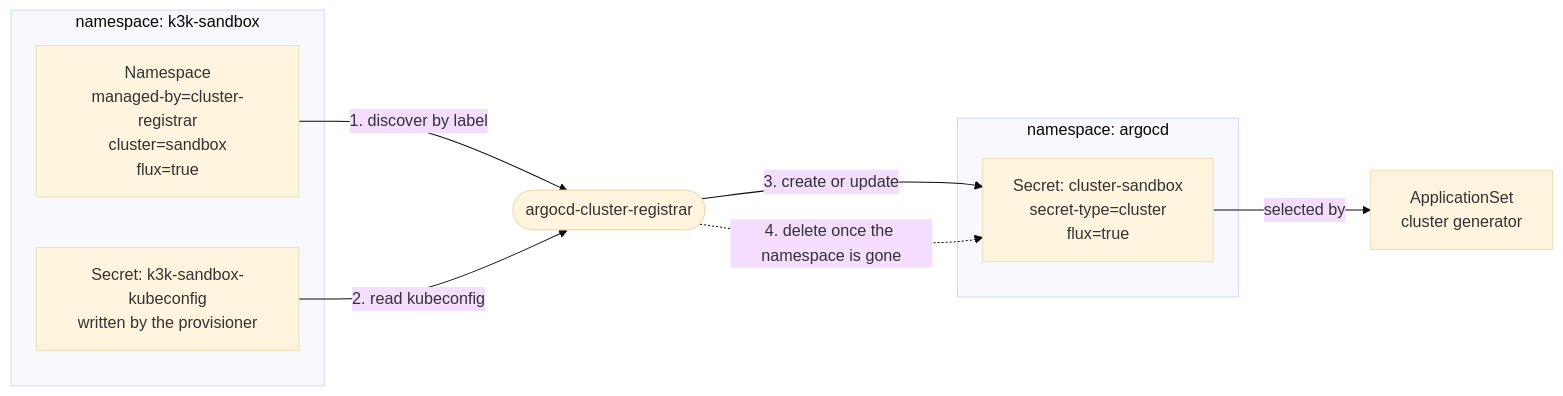
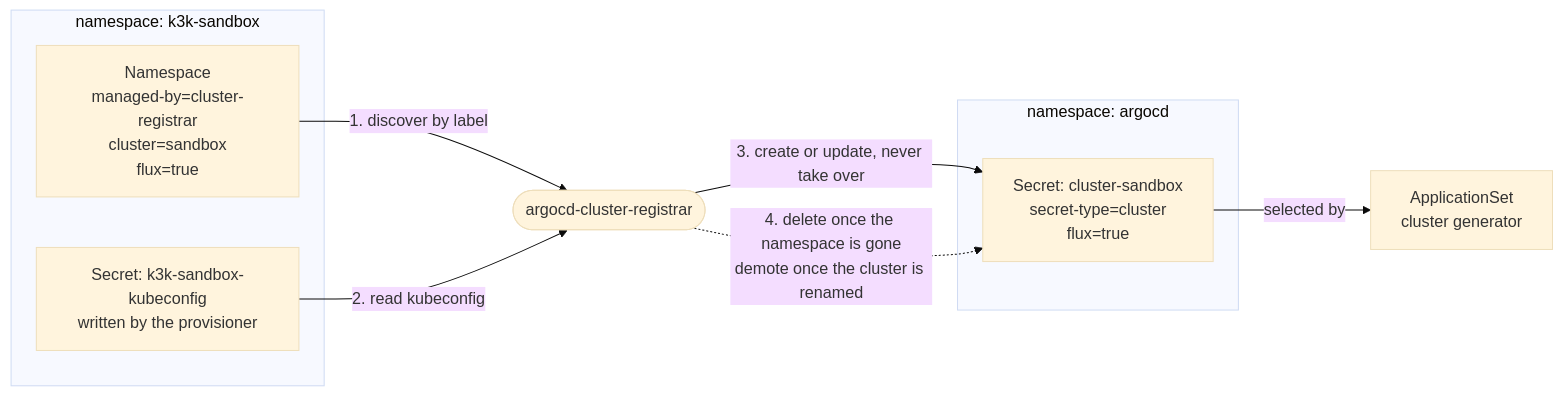
The first of 2 diagrams in README.md (pcanilho/argocd-cluster-registrar), drawn with Mermaid (base theme) before and after one commit. The commit also changed other lines of this file and 3 other files, not shown here.

````diff
--- a/README.md
+++ b/README.md
@@ -235,21 +240,21 @@
 ```mermaid
 flowchart LR
     subgraph child["namespace: k3k-sandbox"]
         NS["Namespace<br/>managed-by=cluster-registrar<br/>cluster=sandbox<br/>flux=true"]
         KC["Secret: k3k-sandbox-kubeconfig<br/>written by the provisioner"]
     end
 
     REG(["argocd-cluster-registrar"])
 
     subgraph argo["namespace: argocd"]
         CS["Secret: cluster-sandbox<br/>secret-type=cluster<br/>flux=true"]
     end
 
     APPSET["ApplicationSet<br/>cluster generator"]
 
     NS -->|"1. discover by label"| REG
     KC -->|"2. read kubeconfig"| REG
-    REG -->|"3. create or update"| CS
-    REG -.->|"4. delete once the namespace is gone"| CS
+    REG -->|"3. create or update, never take over"| CS
+    REG -.->|"4. delete once the namespace is gone<br/>demote once the cluster is renamed"| CS
     CS -->|"selected by"| APPSET
 ```
````
